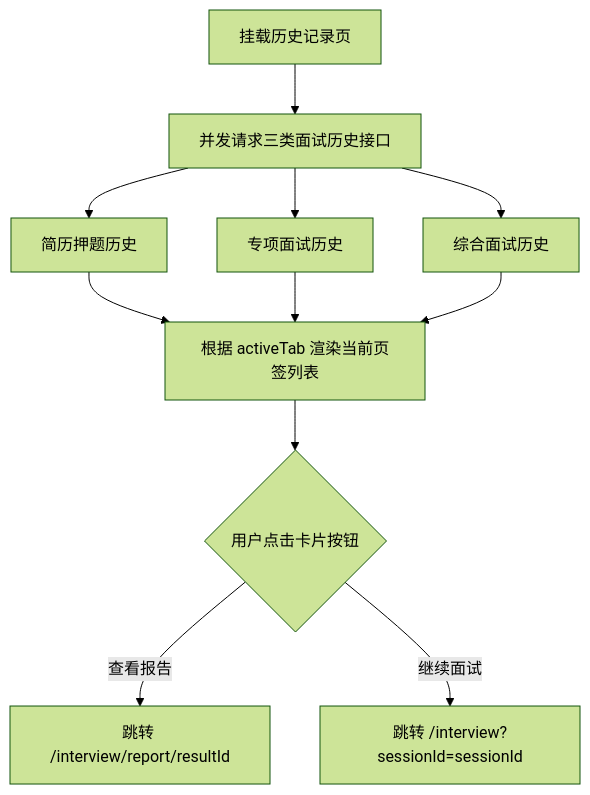
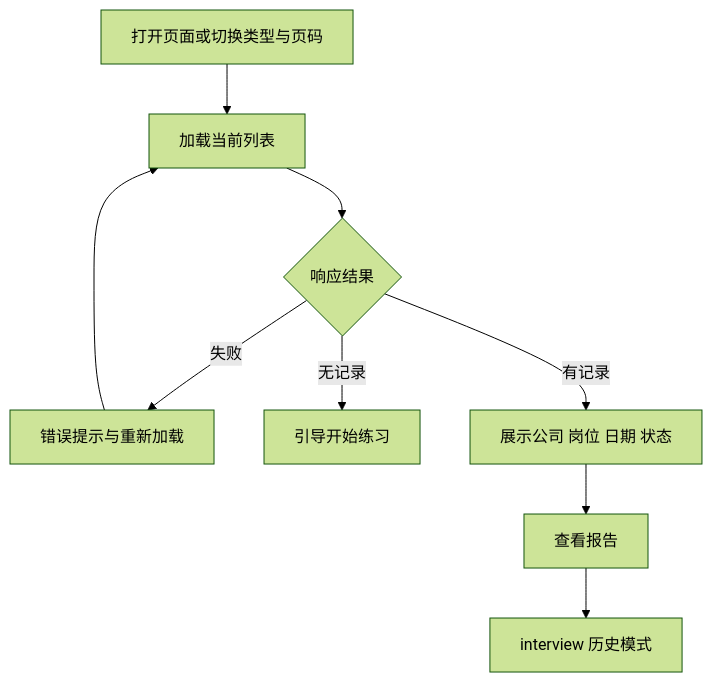
The diagram in apps/web/src/app/history/Agent.md (KlayPeter/man-shi-mai), drawn with Mermaid (forest theme) before and after one commit. The commit also changed other lines of this file and 40 other files, not shown here.

````diff
--- a/apps/web/src/app/history/Agent.md
+++ b/apps/web/src/app/history/Agent.md
@@ -13,13 +5,11 @@
 ```mermaid
-graph TD
-    Mount[挂载历史记录页] --> ParallelFetch[并发请求三类面试历史接口]
-    ParallelFetch --> QuizHistory[简历押题历史]
-    ParallelFetch --> SpecialHistory[专项面试历史]
-    ParallelFetch --> BehaviorHistory[综合面试历史]
-    
-    QuizHistory & SpecialHistory & BehaviorHistory --> RenderTabs[根据 activeTab 渲染当前页签列表]
-    
-    RenderTabs --> ClickAction{用户点击卡片按钮}
-    ClickAction -- 查看报告 --> RedirectReport[跳转 /interview/report/resultId]
-    ClickAction -- 继续面试 --> RedirectWorkspace[跳转 /interview?sessionId=sessionId]
+flowchart TD
+    A[打开页面或切换类型与页码] --> B[加载当前列表]
+    B --> C{响应结果}
+    C -->|失败| D[错误提示与重新加载]
+    D --> B
+    C -->|无记录| E[引导开始练习]
+    C -->|有记录| F[展示公司 岗位 日期 状态]
+    F --> G[查看报告]
+    G --> H[interview 历史模式]
 ```
````
